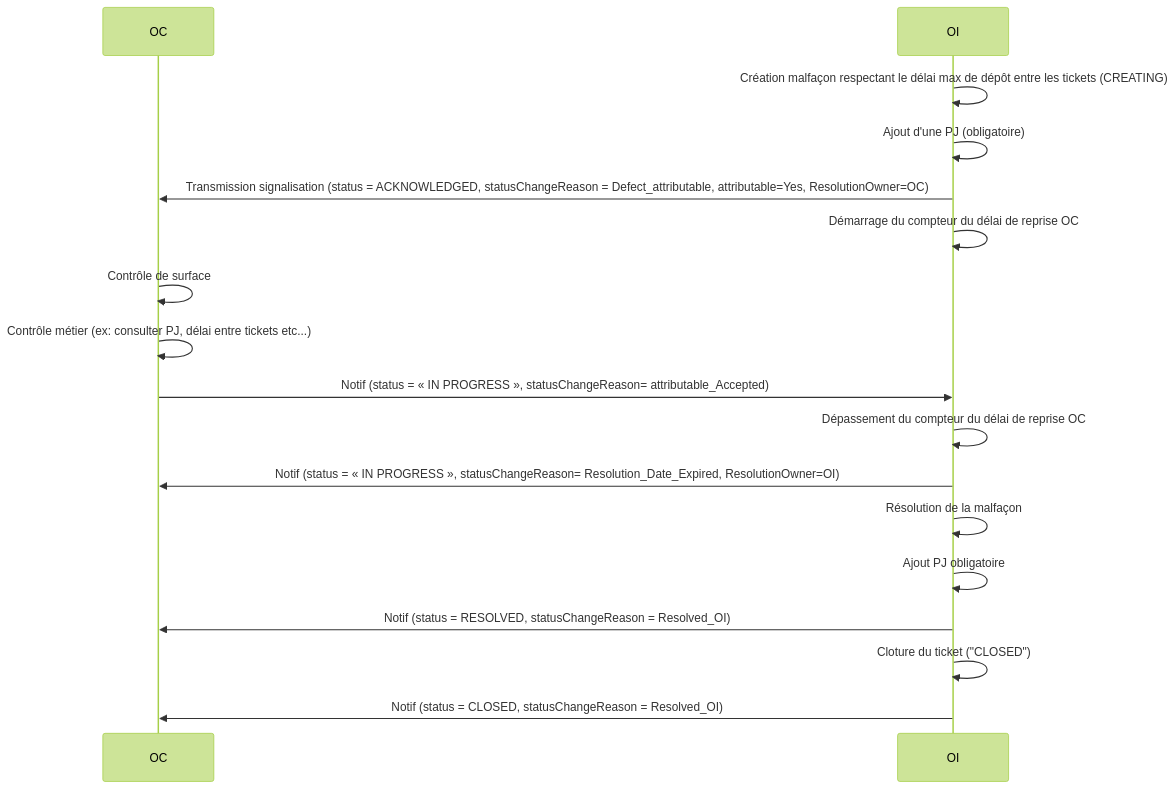
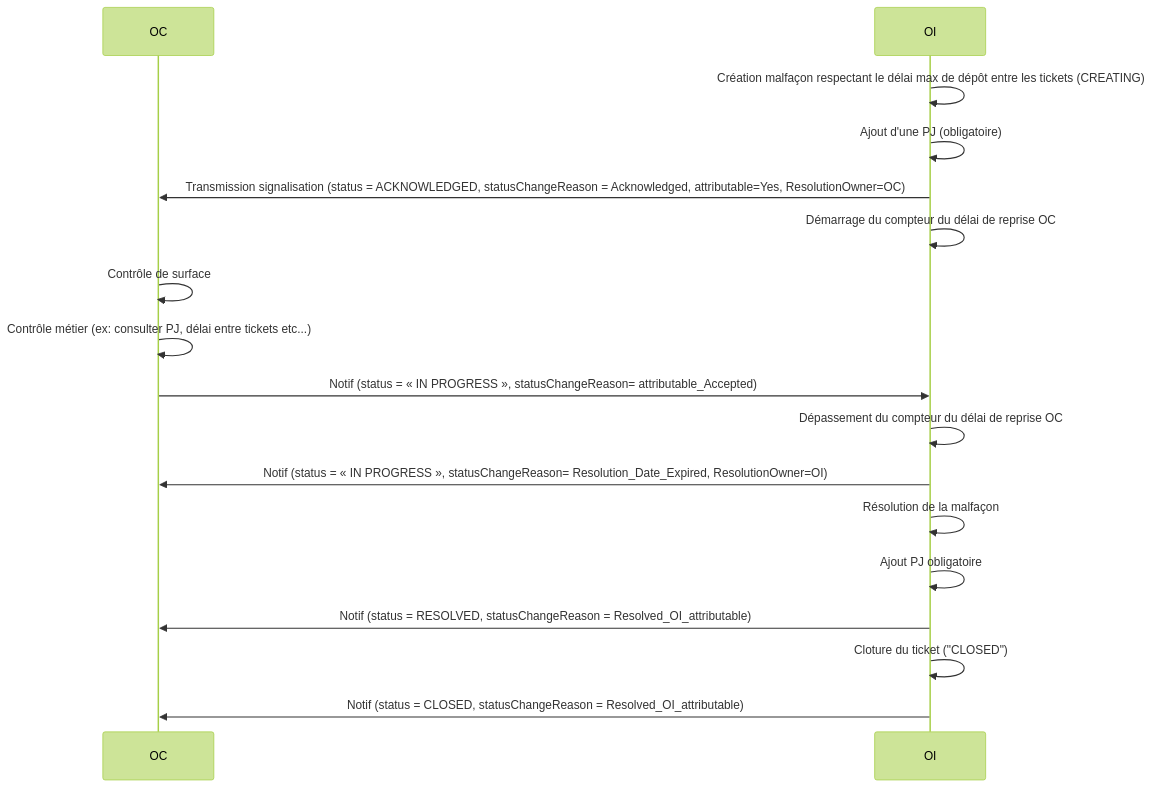
The third of 12 diagrams in README.md (before-interop/malfacon), drawn with Mermaid (forest theme) before and after one commit. The commit also changed other lines of this file, not shown here.

````diff
--- a/README.md
+++ b/README.md
@@ -384,21 +384,21 @@
 ```mermaid
 sequenceDiagram
 
   participant OC
   participant OI
 
   OI->>OI: Création malfaçon respectant le délai max de dépôt entre les tickets (CREATING)
   OI->>OI: Ajout d'une PJ (obligatoire)
-  OI->>OC: Transmission signalisation (status = ACKNOWLEDGED, statusChangeReason = Defect_attributable, attributable=Yes, ResolutionOwner=OC)
+  OI->>OC: Transmission signalisation (status = ACKNOWLEDGED, statusChangeReason = Acknowledged, attributable=Yes, ResolutionOwner=OC)
   OI->>OI: Démarrage du compteur du délai de reprise OC
   OC->>OC: Contrôle de surface
   OC->>OC: Contrôle métier (ex: consulter PJ, délai entre tickets etc...)
   OC->>OI: Notif (status = « IN PROGRESS », statusChangeReason= attributable_Accepted)
   OI->>OI: Dépassement du compteur du délai de reprise OC
   OI->>OC: Notif (status = « IN PROGRESS », statusChangeReason= Resolution_Date_Expired, ResolutionOwner=OI)
   OI->>OI: Résolution de la malfaçon
   OI->>OI: Ajout PJ obligatoire
-  OI->>OC: Notif (status = RESOLVED, statusChangeReason = Resolved_OI)
+  OI->>OC: Notif (status = RESOLVED, statusChangeReason = Resolved_OI_attributable)
   OI->>OI: Cloture du ticket ("CLOSED")
-  OI->>OC: Notif (status = CLOSED, statusChangeReason = Resolved_OI)
+  OI->>OC: Notif (status = CLOSED, statusChangeReason = Resolved_OI_attributable)
 ```
````
